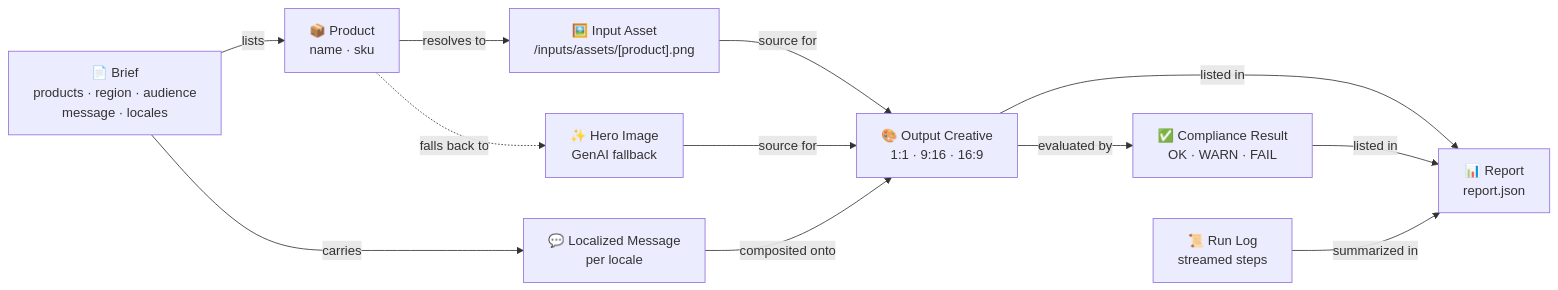
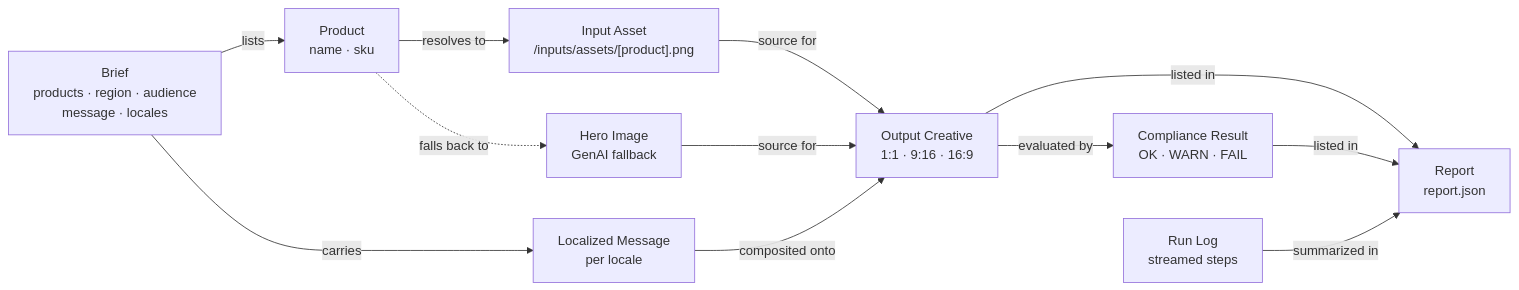
The first of 5 diagrams in docs/system-map.md (arndvs/cast), drawn with Mermaid before and after one commit. The commit also changed other lines of this file and 1 other file, not shown here.

First line of the commit message:
docs: remove emojis from system-map and attributes diagrams

````diff
--- a/docs/system-map.md
+++ b/docs/system-map.md
@@ -13,24 +13,24 @@
 ```mermaid
 graph LR
-    Brief["📄 Brief<br/>products · region · audience<br/>message · locales"]
-    Product["📦 Product<br/>name · sku"]
-    InputAsset["🖼️ Input Asset<br/>/inputs/assets/[product].png"]
-    HeroImage["✨ Hero Image<br/>GenAI fallback"]
-    Creative["🎨 Output Creative<br/>1:1 · 9:16 · 16:9"]
-    Message["💬 Localized Message<br/>per locale"]
-    Compliance["✅ Compliance Result<br/>OK · WARN · FAIL"]
-    RunLog["📜 Run Log<br/>streamed steps"]
-    Report["📊 Report<br/>report.json"]
+    Brief["Brief<br/>products · region · audience<br/>message · locales"]
+    Product["Product<br/>name · sku"]
+    InputAsset["Input Asset<br/>/inputs/assets/[product].png"]
+    HeroImage["Hero Image<br/>GenAI fallback"]
+    Creative["Output Creative<br/>1:1 · 9:16 · 16:9"]
+    Message["Localized Message<br/>per locale"]
+    Compliance["Compliance Result<br/>OK · WARN · FAIL"]
+    RunLog["Run Log<br/>streamed steps"]
+    Report["Report<br/>report.json"]
 
     Brief -->|lists| Product
     Brief -->|carries| Message
     Product -->|resolves to| InputAsset
     Product -.->|falls back to| HeroImage
     InputAsset -->|source for| Creative
     HeroImage -->|source for| Creative
     Message -->|composited onto| Creative
     Creative -->|evaluated by| Compliance
     Creative -->|listed in| Report
     Compliance -->|listed in| Report
     RunLog -->|summarized in| Report
 ```
````
